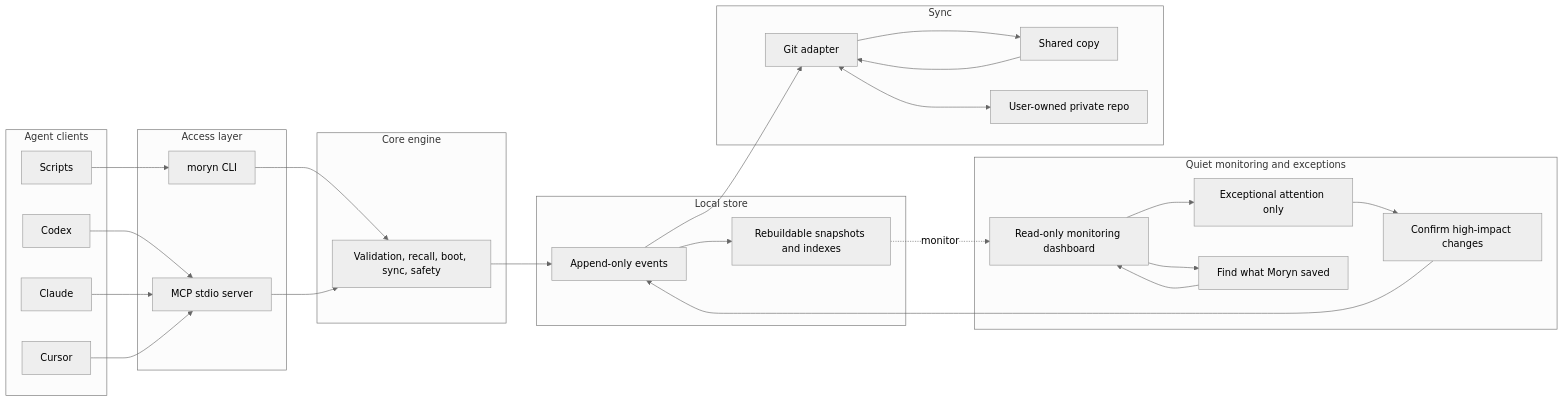
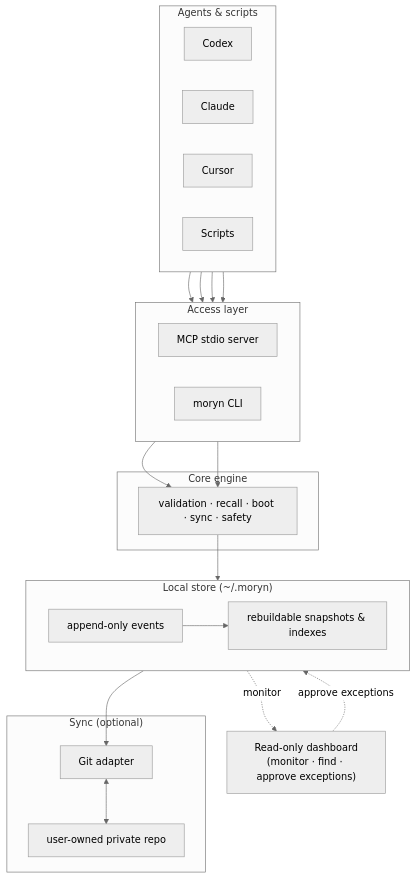
The second of 2 diagrams in README.md (Richardyu114/Moryn), drawn with Mermaid (neutral theme) before and after one commit. The commit also changed other lines of this file, not shown here.

First line of the commit message:
docs: restructure README for clearer narrative and diagrams

````diff
--- a/README.md
+++ b/README.md
@@ -161,55 +107,43 @@
 ```mermaid
-flowchart LR
-  subgraph Agents["Agent clients"]
+flowchart TB
+  subgraph Agents["Agents & scripts"]
+    direction LR
     Codex["Codex"]
     Claude["Claude"]
     Cursor["Cursor"]
     Scripts["Scripts"]
   end
 
   subgraph Access["Access layer"]
+    direction LR
+    MCP["MCP stdio server"]
     CLI["moryn CLI"]
-    MCP["MCP stdio server"]
   end
 
   subgraph Core["Core engine"]
-    Engine["Validation, recall, boot, sync, safety"]
+    Engine["validation · recall · boot · sync · safety"]
   end
 
-  subgraph Store["Local store"]
-    Events["Append-only events"]
-    Views["Rebuildable snapshots and indexes"]
+  subgraph Store["Local store (~/.moryn)"]
+    direction LR
+    Events["append-only events"]
+    Views["rebuildable snapshots & indexes"]
   end
 
-  subgraph ReviewLayer["Quiet monitoring and exceptions"]
-    Dashboard["Read-only monitoring dashboard"]
-    DashboardReview["Exceptional attention only"]
-    MemorySearch["Find what Moryn saved"]
-    Approve["Confirm high-impact changes"]
+  Dashboard["Read-only dashboard<br/>(monitor · find · approve exceptions)"]
+
+  subgraph Sync["Sync (optional)"]
+    Git["Git adapter"]
+    Remote["user-owned private repo"]
   end
 
-  subgraph Sync["Sync"]
-    Git["Git adapter"]
-    SharedCopy["Shared copy"]
-    Remote["User-owned private repo"]
-  end
-
-  Codex --> MCP
-  Claude --> MCP
-  Cursor --> MCP
+  Codex & Claude & Cursor --> MCP
   Scripts --> CLI
-  CLI --> Engine
-  MCP --> Engine
+  MCP & CLI --> Engine
   Engine --> Events
   Events --> Views
   Views -. monitor .-> Dashboard
-  Dashboard --> DashboardReview
-  Dashboard --> MemorySearch
-  DashboardReview --> Approve
-  MemorySearch --> Dashboard
-  Approve --> Events
+  Dashboard -. approve exceptions .-> Events
   Events --> Git
-  Git --> SharedCopy
-  SharedCopy --> Git
   Git <--> Remote
 ```
````
